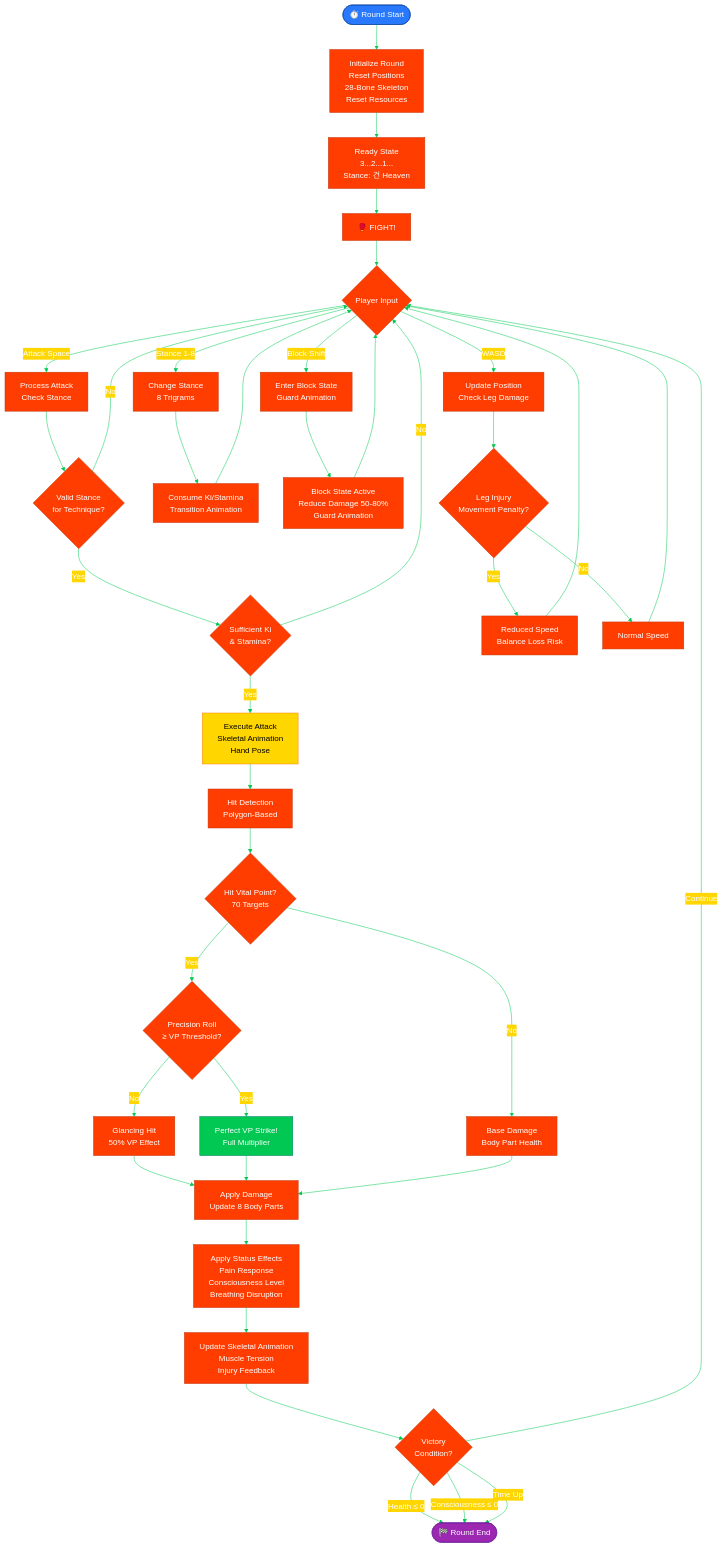
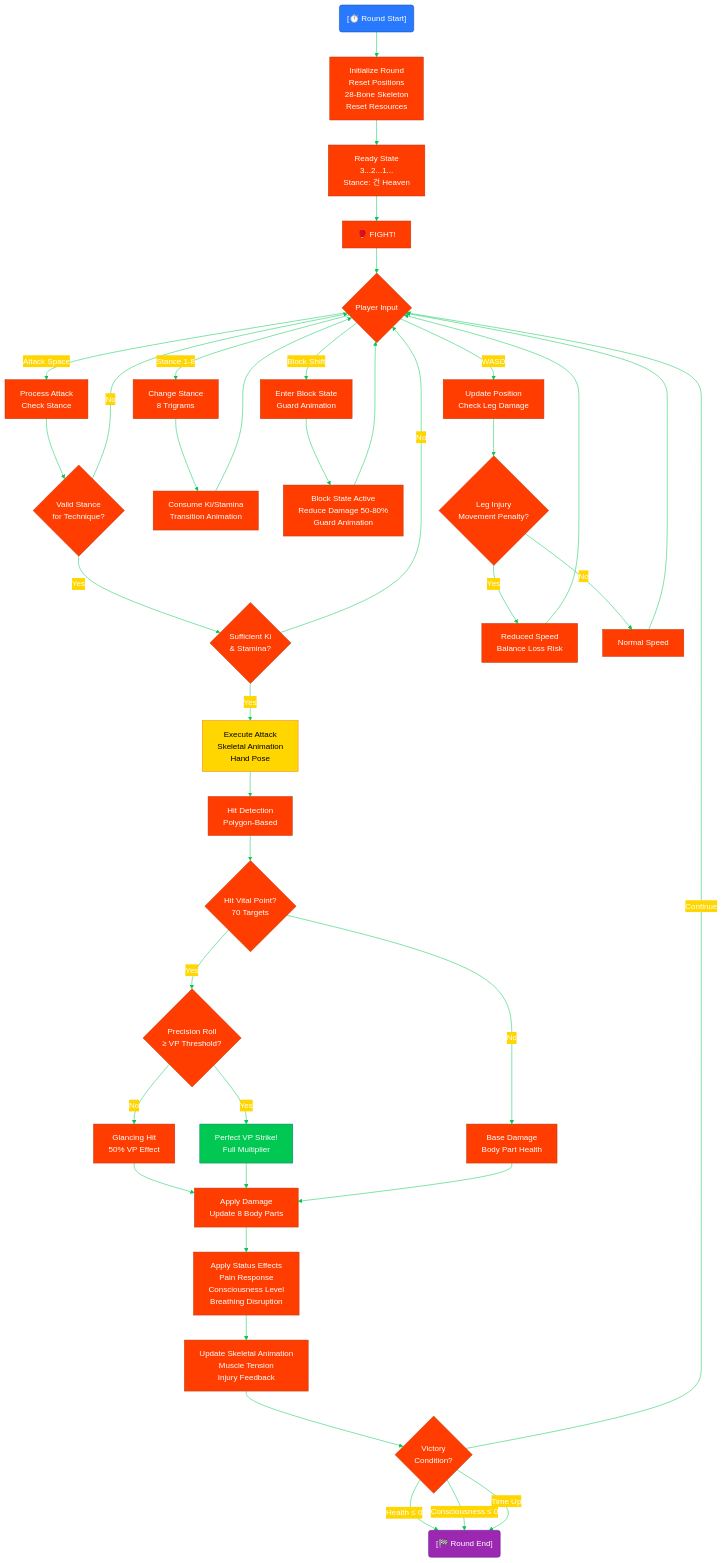
The fifth of 11 diagrams in FLOWCHART.md (Hack23/blacktrigram), drawn with Mermaid before and after one commit. The commit also changed other lines of this file and 19 other files, not shown here.

Commit message:
docs(mermaid): quote emoji labels in 19 files and add style warning to validator

````diff
--- a/FLOWCHART.md
+++ b/FLOWCHART.md
@@ -275,63 +275,63 @@
 ```mermaid
 %%{init: {'theme':'base', 'themeVariables': {'primaryColor':'#FF3D00','primaryTextColor':'#fff','primaryBorderColor':'#BF360C','lineColor':'#00C853','secondaryColor':'#FFD600','tertiaryColor':'#2979FF'}}}%%
 flowchart TD
-    RoundStart([⏱️ Round Start]) --> Init[Initialize Round<br/>Reset Positions<br/>28-Bone Skeleton<br/>Reset Resources]
+    RoundStart("[⏱️ Round Start]") --> Init[Initialize Round<br/>Reset Positions<br/>28-Bone Skeleton<br/>Reset Resources]
 
     Init --> Ready[Ready State<br/>3...2...1...<br/>Stance: 건 Heaven]
-    Ready --> Fight[🥊 FIGHT!]
+    Ready --> Fight["🥊 FIGHT!"]
 
     Fight --> Input{Player Input}
 
     Input -->|Attack Space| ProcessAttack[Process Attack<br/>Check Stance]
     Input -->|Stance 1-8| ChangeStance[Change Stance<br/>8 Trigrams]
     Input -->|Block Shift| Block[Enter Block State<br/>Guard Animation]
     Input -->|WASD| Move[Update Position<br/>Check Leg Damage]
 
     ProcessAttack --> CheckStance{Valid Stance<br/>for Technique?}
     CheckStance -->|No| Input
     CheckStance -->|Yes| CheckKi{Sufficient Ki<br/>& Stamina?}
 
     CheckKi -->|No| Input
     CheckKi -->|Yes| ExecuteAttack[Execute Attack<br/>Skeletal Animation<br/>Hand Pose]
 
     ExecuteAttack --> HitDetection[Hit Detection<br/>Polygon-Based]
     HitDetection --> CheckVP{Hit Vital Point?<br/>70 Targets}
 
     CheckVP -->|No| BaseDmg[Base Damage<br/>Body Part Health]
     CheckVP -->|Yes| CheckPrecision{Precision Roll<br/>≥ VP Threshold?}
 
     CheckPrecision -->|No| GlancingHit[Glancing Hit<br/>50% VP Effect]
     CheckPrecision -->|Yes| PerfectVP[Perfect VP Strike!<br/>Full Multiplier]
 
     GlancingHit --> ApplyDamage[Apply Damage<br/>Update 8 Body Parts]
     PerfectVP --> ApplyDamage
     BaseDmg --> ApplyDamage
 
     ApplyDamage --> ApplyEffects[Apply Status Effects<br/>Pain Response<br/>Consciousness Level<br/>Breathing Disruption]
     
     ApplyEffects --> UpdateAnimation[Update Skeletal Animation<br/>Muscle Tension<br/>Injury Feedback]
 
     UpdateAnimation --> CheckKO{Victory<br/>Condition?}
-    CheckKO -->|Health ≤ 0| RoundEnd([🏁 Round End])
+    CheckKO -->|Health ≤ 0| RoundEnd("[🏁 Round End]")
     CheckKO -->|Consciousness ≤ 0| RoundEnd
     CheckKO -->|Time Up| RoundEnd
     CheckKO -->|Continue| Input
 
     ChangeStance --> ConsumeResources[Consume Ki/Stamina<br/>Transition Animation]
     ConsumeResources --> Input
 
     Block --> BlockState[Block State Active<br/>Reduce Damage 50-80%<br/>Guard Animation]
     BlockState --> Input
 
     Move --> CheckInjury{Leg Injury<br/>Movement Penalty?}
     CheckInjury -->|Yes| SlowMovement[Reduced Speed<br/>Balance Loss Risk]
     CheckInjury -->|No| NormalMovement[Normal Speed]
     SlowMovement --> Input
     NormalMovement --> Input
 
     style RoundStart fill:#2979FF,stroke:#0D47A1,color:#fff
     style Fight fill:#FF3D00,stroke:#BF360C,color:#fff
     style ExecuteAttack fill:#FFD600,stroke:#F57F17,color:#000
     style PerfectVP fill:#00C853,stroke:#00796B,color:#fff
     style RoundEnd fill:#9C27B0,stroke:#6A1B9A,color:#fff
 ```
````
